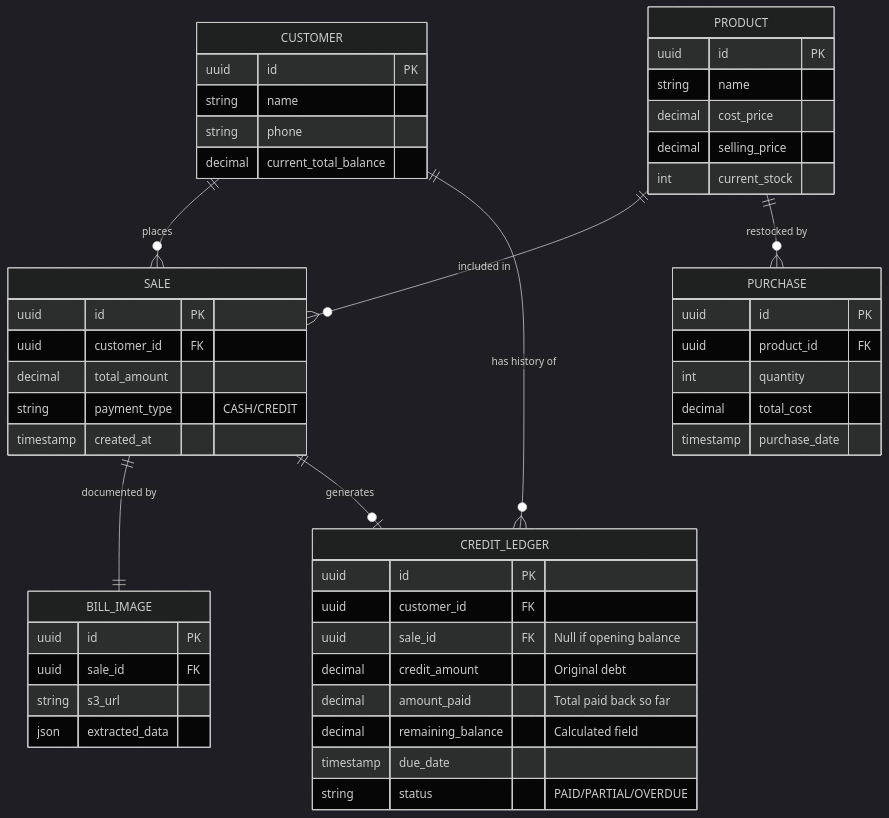
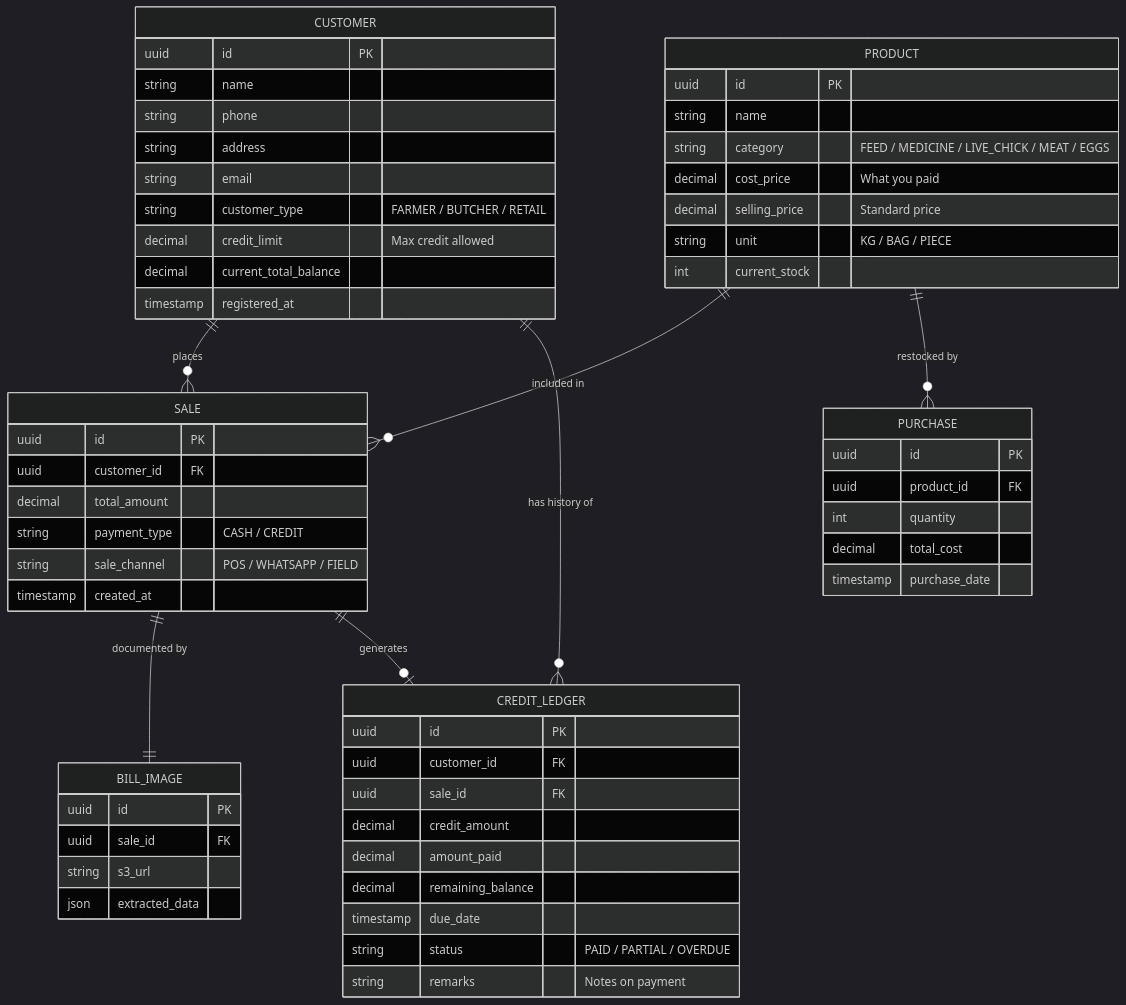
One commit to nandalalsun/SmartFarm-AI changed the first of 2 diagrams in README.md. Above: the diagram before and after it, drawn with Mermaid (dark theme). The commit also changed 37 other files, not shown here.

````diff
--- a/README.md
+++ b/README.md
@@ -26,58 +26,67 @@
 ```mermaid
 erDiagram
     CUSTOMER ||--o{ SALE : "places"
     CUSTOMER ||--o{ CREDIT_LEDGER : "has history of"
     PRODUCT ||--o{ SALE : "included in"
     PRODUCT ||--o{ PURCHASE : "restocked by"
     SALE ||--|| BILL_IMAGE : "documented by"
     SALE ||--o| CREDIT_LEDGER : "generates"
     
     CUSTOMER {
         uuid id PK
         string name
         string phone
+        string address
+        string email
+        string customer_type "FARMER / BUTCHER / RETAIL"
+        decimal credit_limit "Max credit allowed"
         decimal current_total_balance
+        timestamp registered_at
     }
 
     PRODUCT {
         uuid id PK
         string name
-        decimal cost_price
-        decimal selling_price
+        string category "FEED / MEDICINE / LIVE_CHICK / MEAT / EGGS"
+        decimal cost_price "What you paid"
+        decimal selling_price "Standard price"
+        string unit "KG / BAG / PIECE"
         int current_stock
     }
 
     SALE {
         uuid id PK
         uuid customer_id FK
         decimal total_amount
-        string payment_type "CASH/CREDIT"
+        string payment_type "CASH / CREDIT"
+        string sale_channel "POS / WHATSAPP / FIELD"
         timestamp created_at
     }
 
     CREDIT_LEDGER {
         uuid id PK
         uuid customer_id FK
-        uuid sale_id FK "Null if opening balance"
-        decimal credit_amount "Original debt"
-        decimal amount_paid "Total paid back so far"
-        decimal remaining_balance "Calculated field"
+        uuid sale_id FK
+        decimal credit_amount
+        decimal amount_paid
+        decimal remaining_balance
         timestamp due_date
-        string status "PAID/PARTIAL/OVERDUE"
+        string status "PAID / PARTIAL / OVERDUE"
+        string remarks "Notes on payment"
     }
 
     PURCHASE {
         uuid id PK
         uuid product_id FK
         int quantity
         decimal total_cost
         timestamp purchase_date
     }
 
     BILL_IMAGE {
         uuid id PK
         uuid sale_id FK
         string s3_url
         json extracted_data
     }
 ```
````
